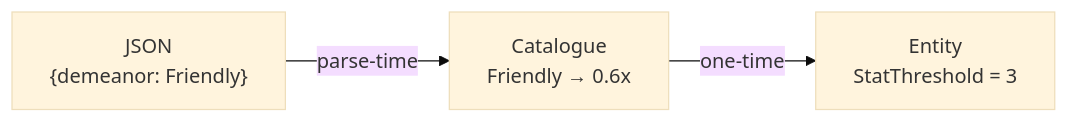
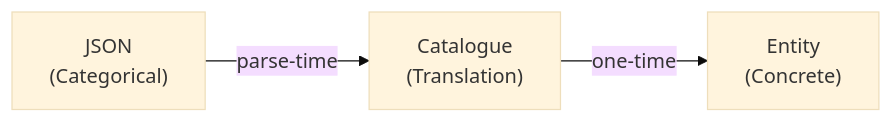
The first of 4 diagrams in arc42/08_crosscutting_concepts.md (meatz89/Wayfarer), drawn with Mermaid (base theme) before and after one commit. The commit also changed other lines of this file and 10 other files, not shown here.

````diff
--- a/arc42/08_crosscutting_concepts.md
+++ b/arc42/08_crosscutting_concepts.md
@@ -31,9 +30,9 @@
 ```mermaid
 flowchart LR
-    JSON["JSON\n{demeanor: Friendly}"]
-    Catalogue["Catalogue\nFriendly → 0.6x"]
-    Entity["Entity\nStatThreshold = 3"]
+    JSON["JSON\n(Categorical)"]
+    Catalogue["Catalogue\n(Translation)"]
+    Entity["Entity\n(Concrete)"]
 
     JSON -->|parse-time| Catalogue
     Catalogue -->|one-time| Entity
 ```
````
